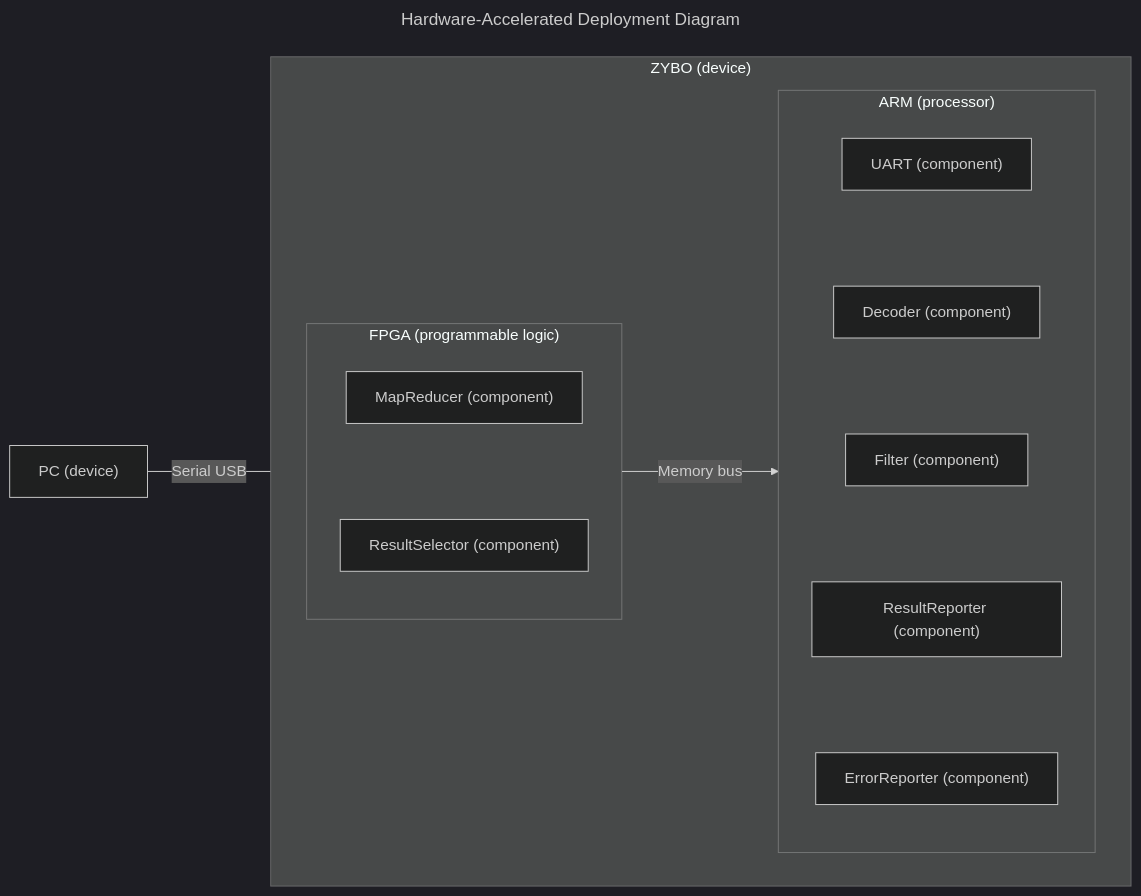
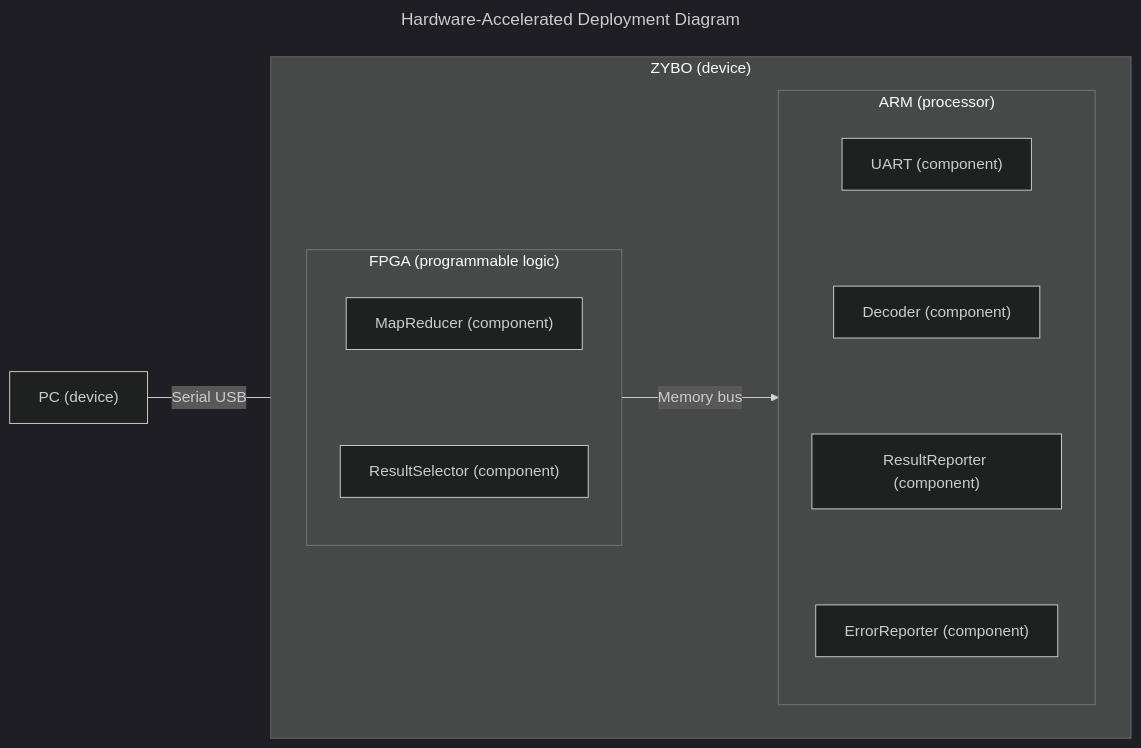
The fourth of 7 diagrams in exam-project/mermaid -diagrams.md (Junale/erts-a1), drawn with Mermaid (dark theme) before and after one commit. The commit also changed other lines of this file, not shown here.

Commit message:
refactor diagrams: clean up relationships and remove unnecessary components; add asynchronous and synchronous design class diagrams

````diff
--- a/exam-project/mermaid -diagrams.md
+++ b/exam-project/mermaid -diagrams.md
@@ -77,35 +71,34 @@
 ```mermaid
 ---
     title: Hardware-Accelerated Deployment Diagram
     config:
         flowchart:
             curve: linear
 ---
 flowchart LR
     PC["PC (device)"]
 
     subgraph ZYBO["ZYBO (device)"]
         direction LR
 
         subgraph FPGA["FPGA (programmable logic)"]
             direction TB
             MapReducer["MapReducer (component)"]
             ResultSelector["ResultSelector (component)"]
             MapReducer ~~~ ResultSelector
         end
 
         subgraph ARM["ARM (processor)"]
             direction TB
             UART["UART (component)"]
             Decoder["Decoder (component)"]
-            Filter["Filter (component)"]
             ResultReporter["ResultReporter (component)"]
             ErrorReporter["ErrorReporter (component)"]
-            UART ~~~ Decoder ~~~ Filter ~~~ ResultReporter ~~~ ErrorReporter
+            UART ~~~ Decoder ~~~ ResultReporter ~~~ ErrorReporter
         end
 
         FPGA -->|Memory bus| ARM
     end
 
     PC ---|Serial USB| ZYBO
 ```
````
